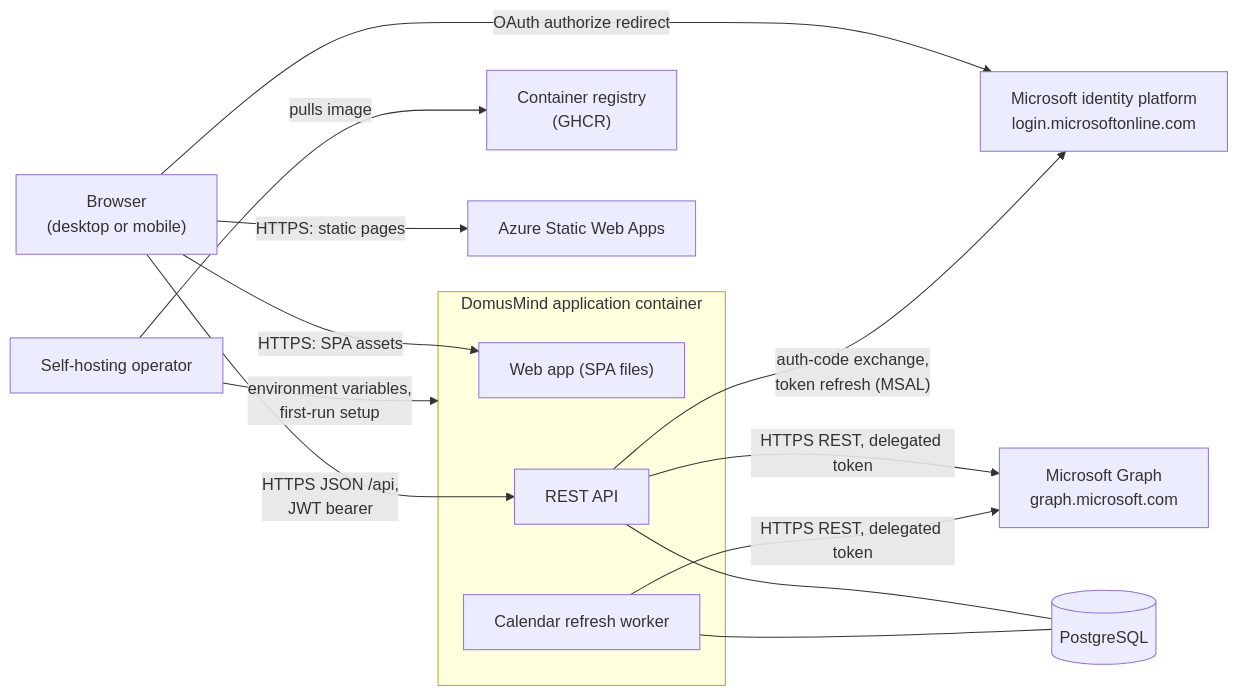
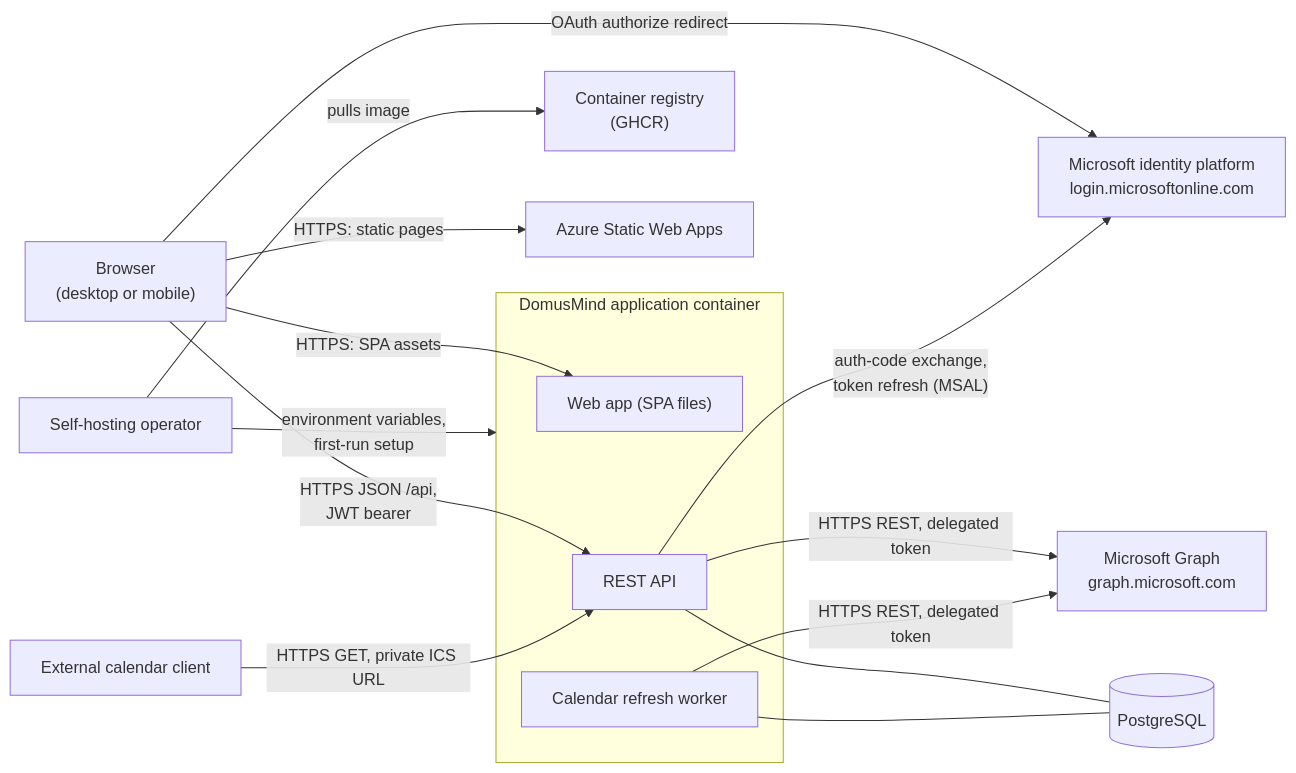
One commit to juangcarmona/domusmind changed the second of 2 diagrams in docs/architecture/03-context-and-scope.md. Above: the diagram before and after it, drawn with Mermaid. The commit also changed other lines of this file and 74 other files, not shown here.

````diff
--- a/docs/architecture/03-context-and-scope.md
+++ b/docs/architecture/03-context-and-scope.md
@@ -66,28 +66,30 @@
 ```mermaid
 flowchart LR
     browser["Browser<br/>(desktop or mobile)"]
     operator["Self-hosting operator"]
     msid["Microsoft identity platform<br/>login.microsoftonline.com"]
     msgraph["Microsoft Graph<br/>graph.microsoft.com"]
+    calendarClient["External calendar client"]
     ghcr["Container registry<br/>(GHCR)"]
     swa["Azure Static Web Apps"]
 
     subgraph app["DomusMind application container"]
         web["Web app (SPA files)"]
         api["REST API"]
         worker["Calendar refresh worker"]
     end
     db[("PostgreSQL")]
 
     browser -- "HTTPS: SPA assets" --> web
     browser -- "HTTPS JSON /api,<br/>JWT bearer" --> api
+    calendarClient -- "HTTPS GET, private ICS URL" --> api
     browser -- "OAuth authorize redirect" --> msid
     api -- "auth-code exchange,<br/>token refresh (MSAL)" --> msid
     api -- "HTTPS REST, delegated token" --> msgraph
     worker -- "HTTPS REST, delegated token" --> msgraph
     api --- db
     worker --- db
     operator -- "pulls image" --> ghcr
     operator -- "environment variables,<br/>first-run setup" --> app
     browser -- "HTTPS: static pages" --> swa
 ```
````
